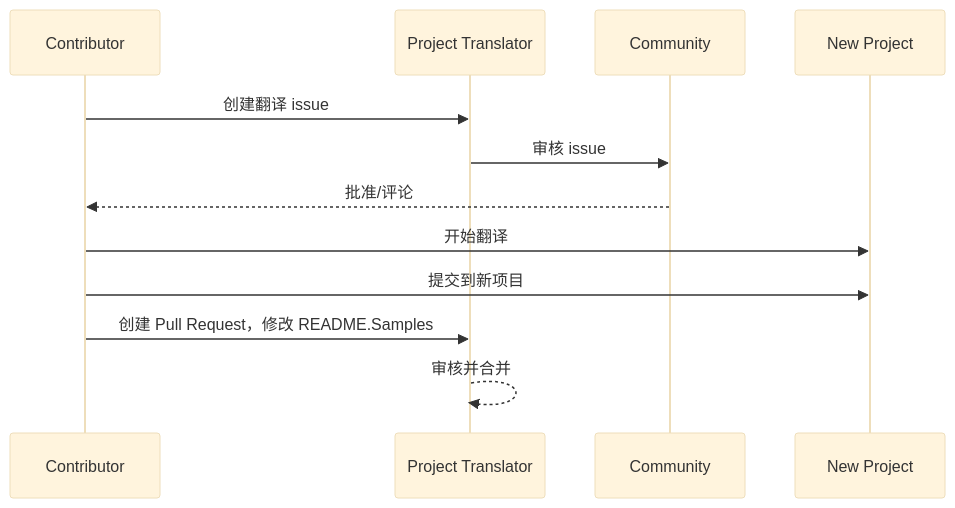
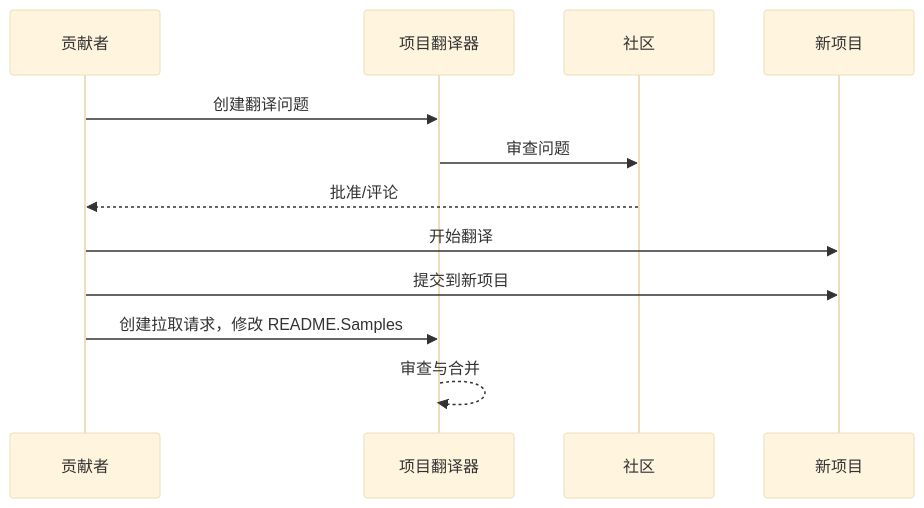
Before and after one commit to Project-Translation/project_translator: the diagram in readmes/README.zh-cn.md, drawn with Mermaid (base theme). The commit also changed other lines of this file and 17 other files, not shown here.

````diff
--- a/readmes/README.zh-cn.md
+++ b/readmes/README.zh-cn.md
@@ -63,10 +62,10 @@
 ```mermaid
 sequenceDiagram
-  Contributor->>Project Translator: 创建翻译 issue
-  Project Translator->>Community: 审核 issue
-  Community-->>Contributor: 批准/评论
-  Contributor->>New Project: 开始翻译
-  Contributor->>New Project: 提交到新项目
-  Contributor->>Project Translator: 创建 Pull Request，修改 README.Samples
-  Project Translator-->>Project Translator: 审核并合并
+  贡献者->>项目翻译器: 创建翻译问题
+  项目翻译器->>社区: 审查问题
+  社区-->>贡献者: 批准/评论
+  贡献者->>新项目: 开始翻译
+  贡献者->>新项目: 提交到新项目
+  贡献者->>项目翻译器: 创建拉取请求，修改 README.Samples
+  项目翻译器-->>项目翻译器: 审查与合并
 ```
````
